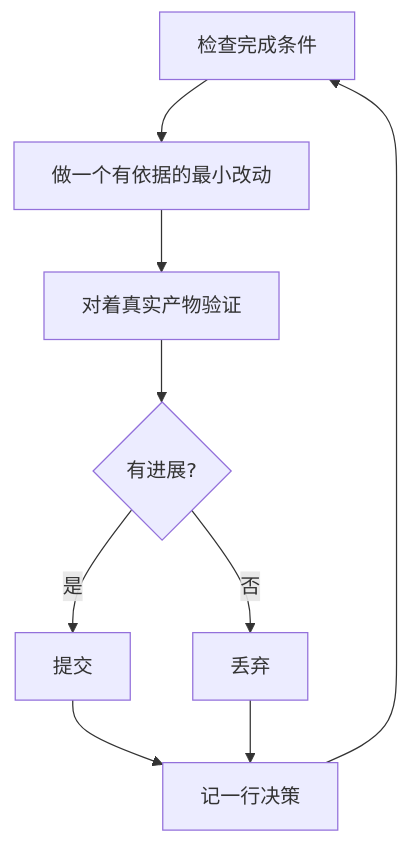
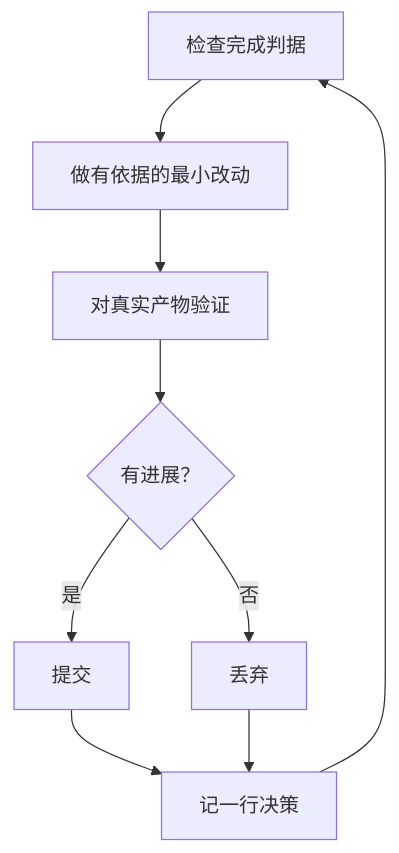
The diagram in pstack/docs/guide-zhCN/07-overnight.md (alvinhui/plugins), drawn with Mermaid before and after one commit. The commit also changed other lines of this file and 10 other files, not shown here.

````diff
--- a/pstack/docs/guide-zhCN/07-overnight.md
+++ b/pstack/docs/guide-zhCN/07-overnight.md
@@ -44,11 +44,11 @@
 ```mermaid
 flowchart TD
-    A[检查完成条件] --> B[做一个有依据的最小改动]
-    B --> C[对着真实产物验证]
-    C --> D{有进展?}
+    A[检查完成判据] --> B[做有依据的最小改动]
+    B --> C[对真实产物验证]
+    C --> D{有进展？}
     D -->|是| E[提交]
     D -->|否| F[丢弃]
     E --> G[记一行决策]
     F --> G
     G --> A
 ```
````
